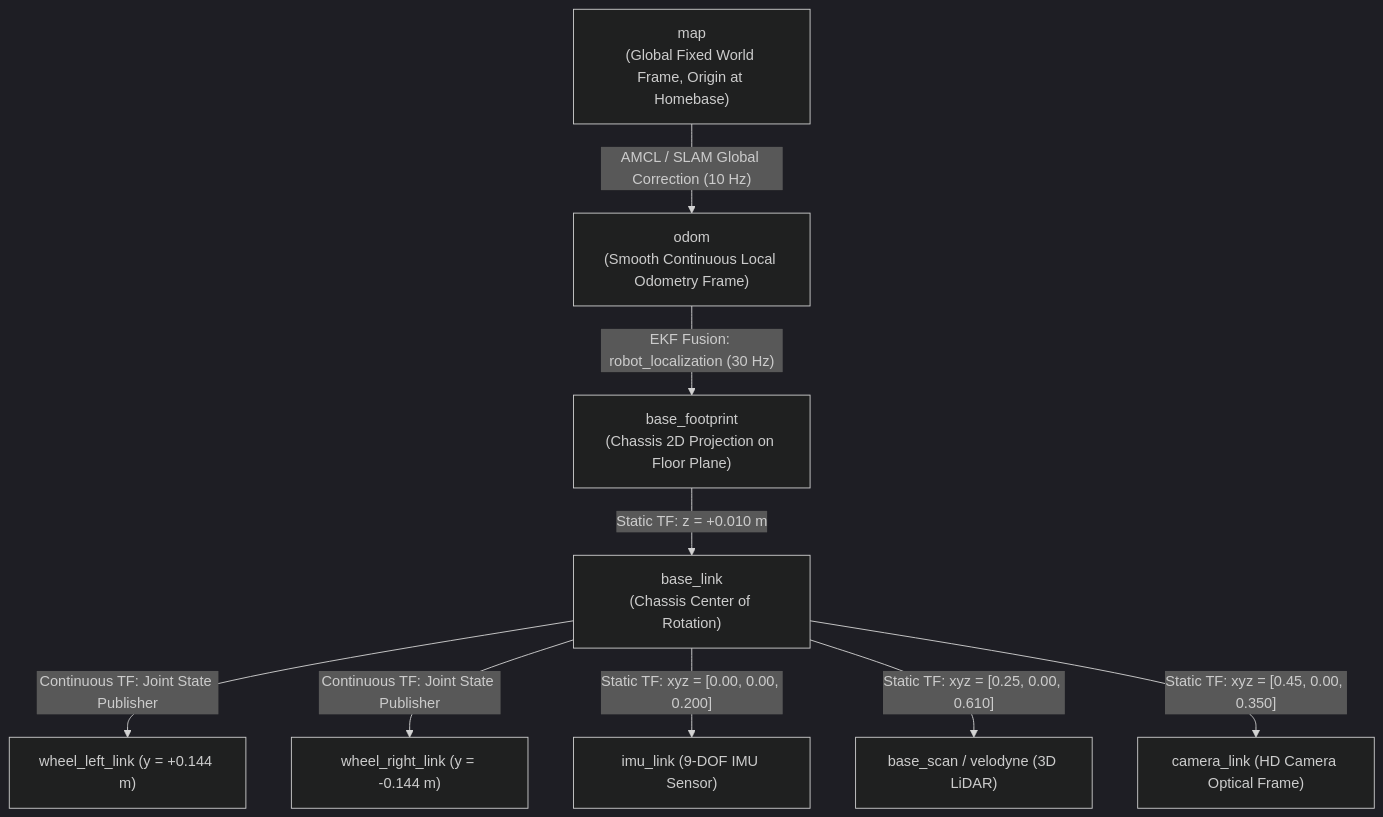
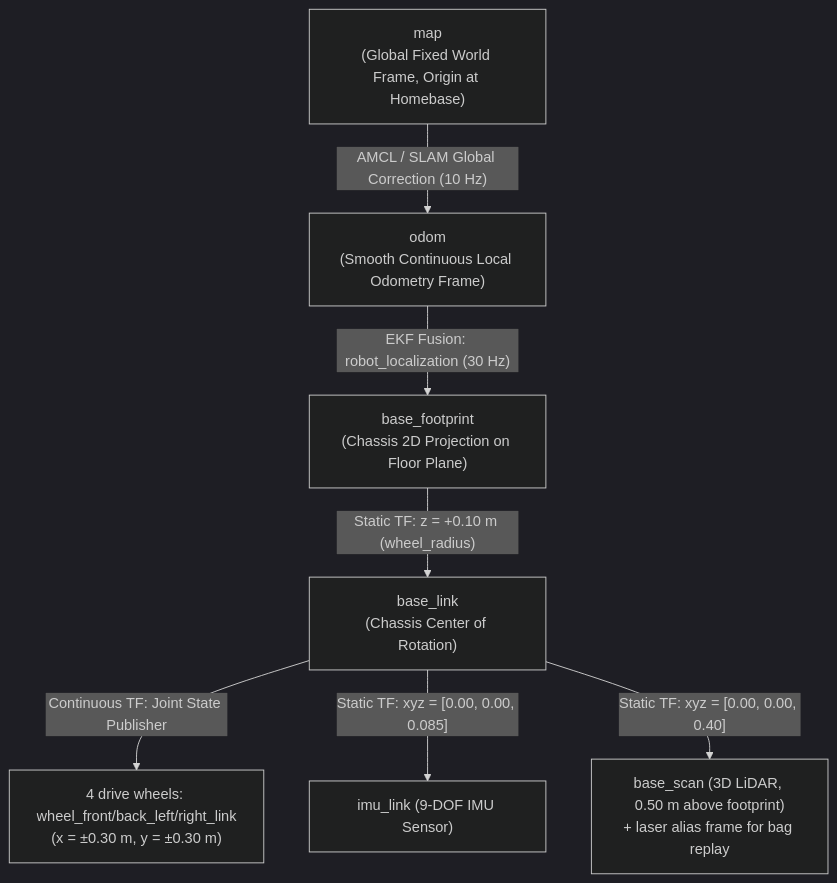
The first of 2 diagrams in docs/development/ros/tf-transforms.md (itbdelaboprogramming/msd700_documentation), drawn with Mermaid (dark theme) before and after one commit. The commit also changed other lines of this file and 110 other files, not shown here.

````diff
--- a/docs/development/ros/tf-transforms.md
+++ b/docs/development/ros/tf-transforms.md
@@ -16,14 +16,12 @@
 ```mermaid
 flowchart TD
   MAP["map<br/>(Global Fixed World Frame, Origin at Homebase)"] -->|"AMCL / SLAM Global Correction (10 Hz)"| ODOM["odom<br/>(Smooth Continuous Local Odometry Frame)"]
   ODOM -->|"EKF Fusion: robot_localization (30 Hz)"| BASE_FP["base_footprint<br/>(Chassis 2D Projection on Floor Plane)"]
 
-  BASE_FP -->|"Static TF: z = +0.010 m"| BASE_LINK["base_link<br/>(Chassis Center of Rotation)"]
+  BASE_FP -->|"Static TF: z = +0.10 m (wheel_radius)"| BASE_LINK["base_link<br/>(Chassis Center of Rotation)"]
 
-  BASE_LINK -->|"Continuous TF: Joint State Publisher"| WHEEL_L["wheel_left_link (y = +0.144 m)"]
-  BASE_LINK -->|"Continuous TF: Joint State Publisher"| WHEEL_R["wheel_right_link (y = -0.144 m)"]
+  BASE_LINK -->|"Continuous TF: Joint State Publisher"| WHEELS["4 drive wheels: wheel_front/back_left/right_link<br/>(x = ±0.30 m, y = ±0.30 m)"]
 
-  BASE_LINK -->|"Static TF: xyz = [0.00, 0.00, 0.200]"| IMU_LINK["imu_link (9-DOF IMU Sensor)"]
-  BASE_LINK -->|"Static TF: xyz = [0.25, 0.00, 0.610]"| BASE_SCAN["base_scan / velodyne (3D LiDAR)"]
-  BASE_LINK -->|"Static TF: xyz = [0.45, 0.00, 0.350]"| CAM_LINK["camera_link (HD Camera Optical Frame)"]
+  BASE_LINK -->|"Static TF: xyz = [0.00, 0.00, 0.085]"| IMU_LINK["imu_link (9-DOF IMU Sensor)"]
+  BASE_LINK -->|"Static TF: xyz = [0.00, 0.00, 0.40]"| BASE_SCAN["base_scan (3D LiDAR, 0.50 m above footprint)<br/>+ laser alias frame for bag replay"]
 ```
````
